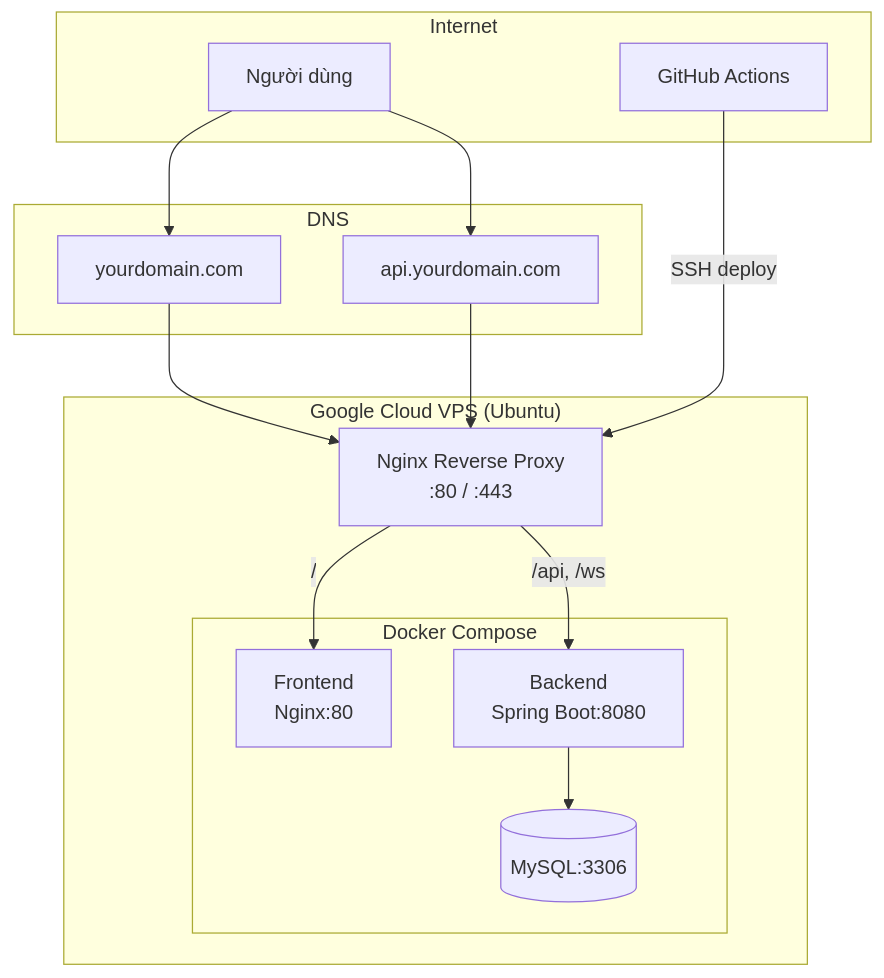
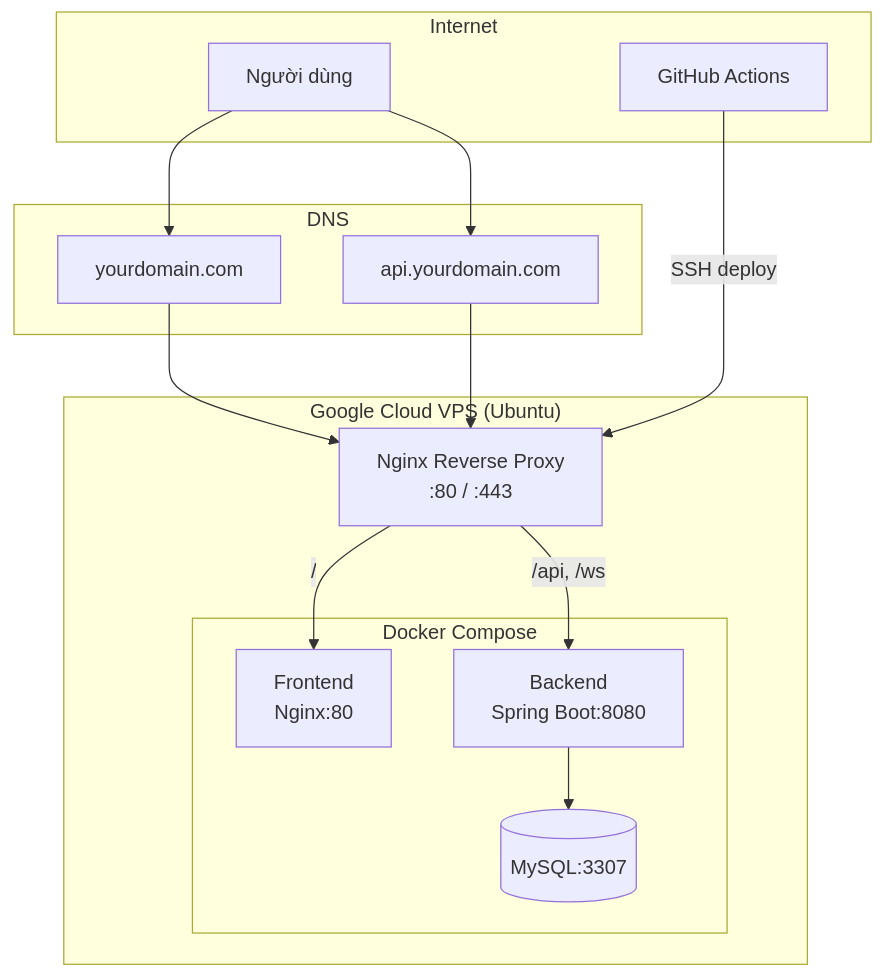
One commit to ngvqphuc2610/bookwebsite_deploy changed the diagram in deployment_analysis.md. Above: the diagram before and after it, drawn with Mermaid. The commit also changed other lines of this file and 10 other files, not shown here.

````diff
--- a/deployment_analysis.md
+++ b/deployment_analysis.md
@@ -56,28 +56,28 @@
 ```mermaid
 graph TB
     subgraph Internet
         User[Người dùng]
         GH[GitHub Actions]
     end
     
     subgraph "Google Cloud VPS (Ubuntu)"
         subgraph "Docker Compose"
             FE[Frontend<br/>Nginx:80]
             BE[Backend<br/>Spring Boot:8080]
-            DB[(MySQL:3306)]
+            DB[(MySQL:3307)]
         end
         PROXY[Nginx Reverse Proxy<br/>:80 / :443]
     end
     
     subgraph DNS
         DOMAIN[yourdomain.com]
         API[api.yourdomain.com]
     end
     
     User --> DOMAIN --> PROXY
     User --> API --> PROXY
     PROXY -->|/| FE
     PROXY -->|/api, /ws| BE
     BE --> DB
     GH -->|SSH deploy| PROXY
 ```
````
